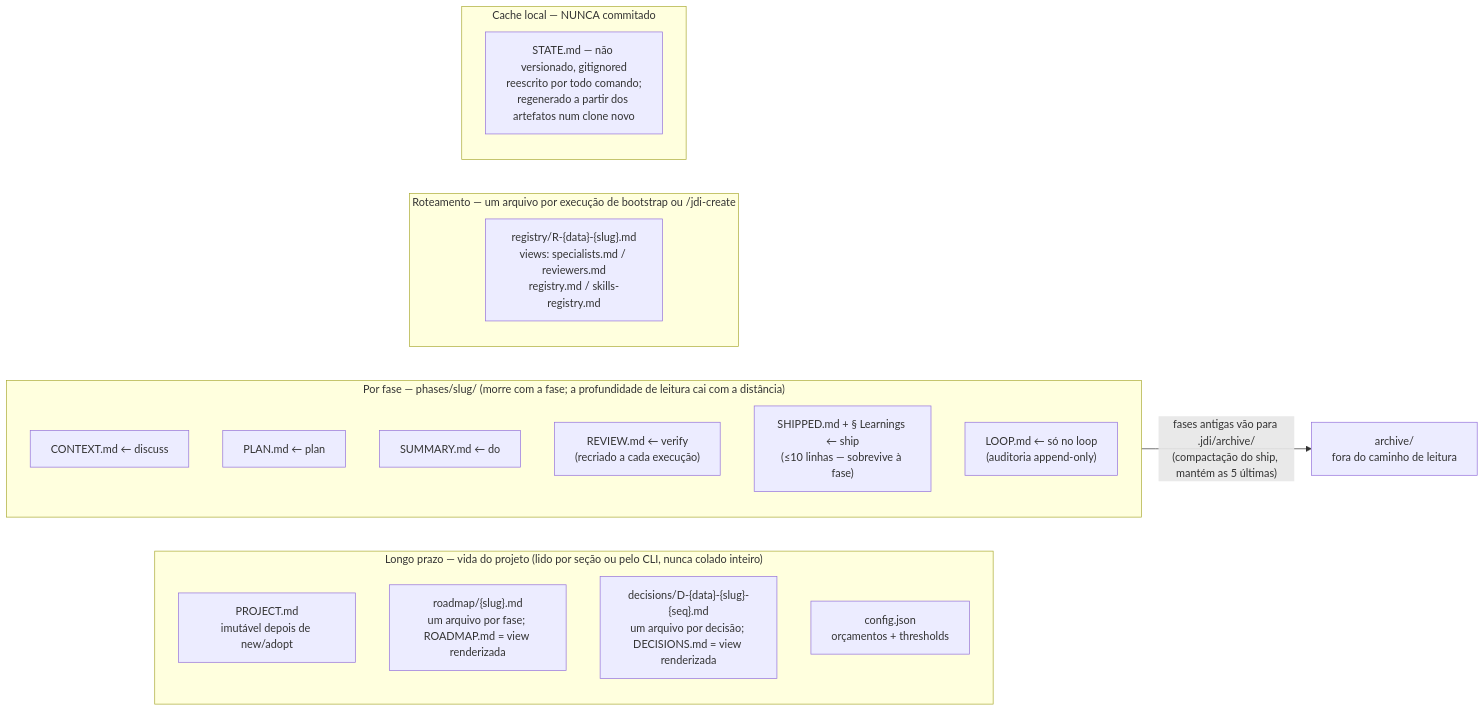
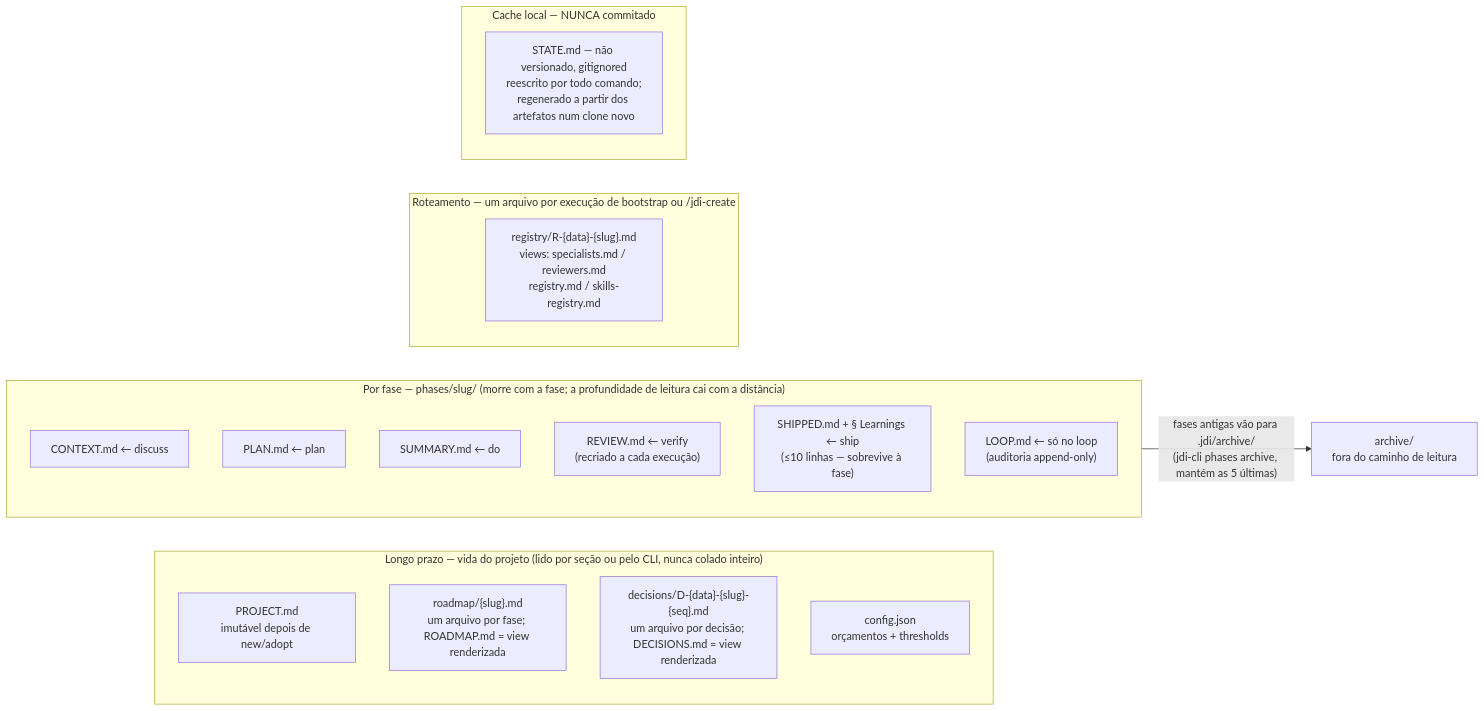
Before and after one commit to slipalison/jdi-cli: the third of 4 diagrams in README.pt-BR.md, drawn with Mermaid. The commit also changed other lines of this file and 91 other files, not shown here.

First line of the commit message:
feat: menos voltas de verificação — reuso de gates, evidência com validade, lote por volta, split na entrada, archive fora do ship (#75)

````diff
--- a/README.pt-BR.md
+++ b/README.pt-BR.md
@@ -222,28 +222,28 @@
 ```mermaid
 flowchart LR
     subgraph LT["Longo prazo — vida do projeto (lido por seção ou pelo CLI, nunca colado inteiro)"]
         PROJECT["PROJECT.md<br/>imutável depois de new/adopt"]
         ROADMAP["roadmap/{slug}.md<br/>um arquivo por fase; ROADMAP.md = view renderizada"]
         DECISIONS["decisions/D-{data}-{slug}-{seq}.md<br/>um arquivo por decisão; DECISIONS.md = view renderizada"]
         CONFIG["config.json<br/>orçamentos + thresholds"]
     end
 
     subgraph PH["Por fase — phases/slug/ (morre com a fase; a profundidade de leitura cai com a distância)"]
         CONTEXT["CONTEXT.md ← discuss"]
         PLAN["PLAN.md ← plan"]
         SUMMARY["SUMMARY.md ← do"]
         REVIEW["REVIEW.md ← verify<br/>(recriado a cada execução)"]
         SHIPPED["SHIPPED.md + § Learnings ← ship<br/>(≤10 linhas — sobrevive à fase)"]
         LOOPMD["LOOP.md ← só no loop<br/>(auditoria append-only)"]
     end
 
     subgraph ROUTE["Roteamento — um arquivo por execução de bootstrap ou /jdi-create"]
         SPEC["registry/R-{data}-{slug}.md<br/>views: specialists.md / reviewers.md<br/>registry.md / skills-registry.md"]
     end
 
     subgraph LOCAL["Cache local — NUNCA commitado"]
         STATE["STATE.md — não versionado, gitignored<br/>reescrito por todo comando;<br/>regenerado a partir dos artefatos num clone novo"]
     end
 
-    PH -- "fases antigas vão para .jdi/archive/<br/>(compactação do ship, mantém as 5 últimas)" --> ARCH["archive/<br/>fora do caminho de leitura"]
+    PH -- "fases antigas vão para .jdi/archive/<br/>(jdi-cli phases archive, mantém as 5 últimas)" --> ARCH["archive/<br/>fora do caminho de leitura"]
 ```
````
